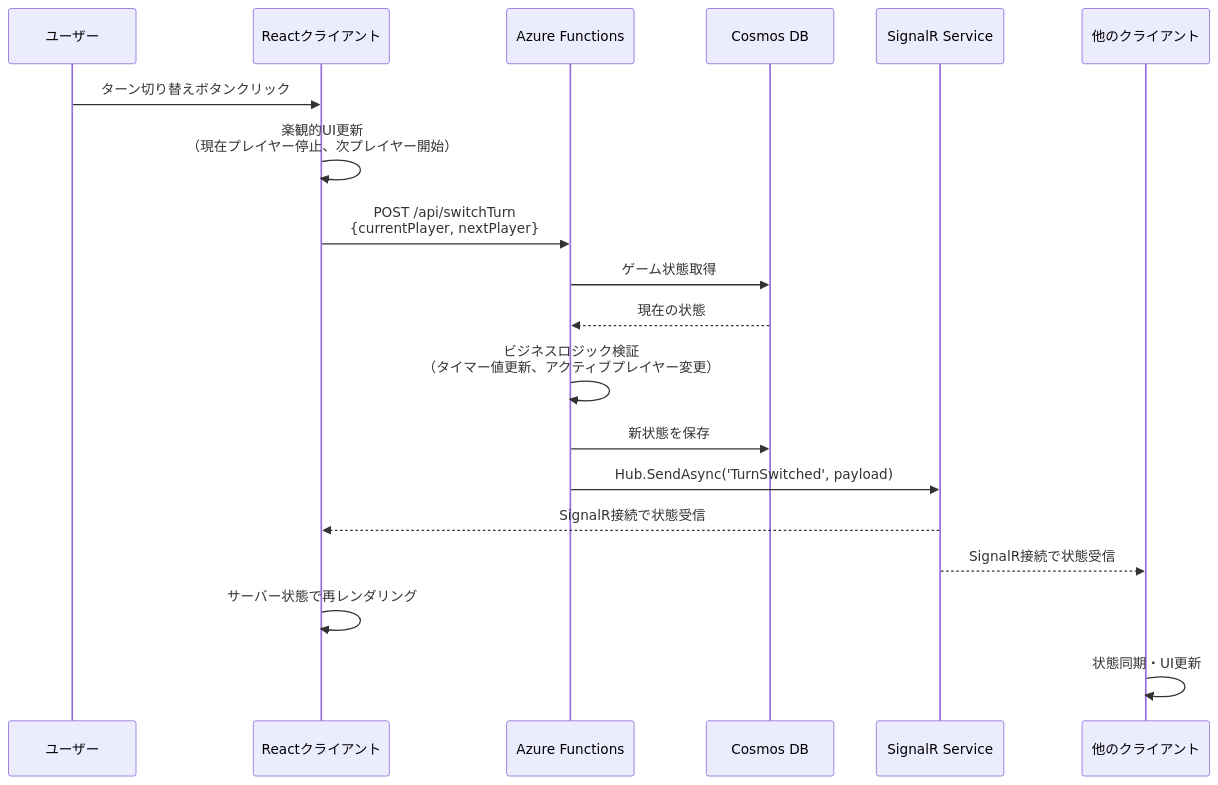
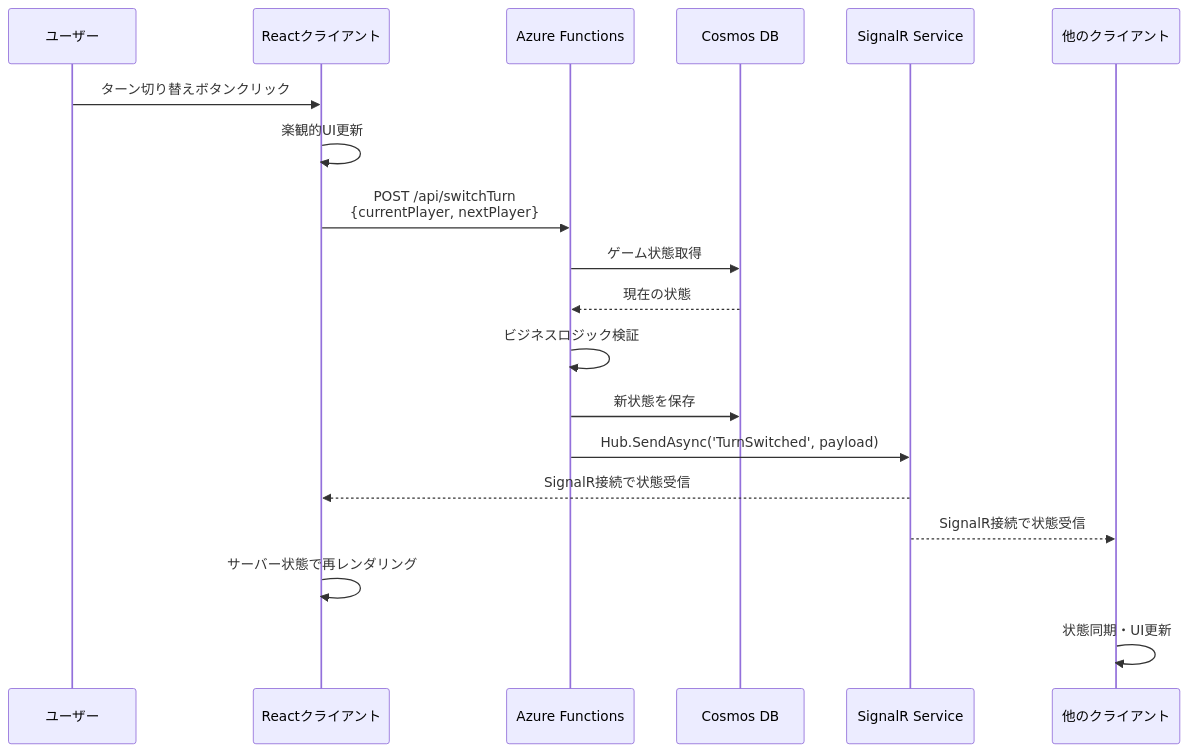
Before and after one commit to Jillrinn/tickTackFour: the seventh of 7 diagrams in .kiro/specs/multiplayer-game-timer/design.md, drawn with Mermaid. The commit also changed other lines of this file and 56 other files, not shown here.

````diff
--- a/.kiro/specs/multiplayer-game-timer/design.md
+++ b/.kiro/specs/multiplayer-game-timer/design.md
@@ -167,22 +443,22 @@
 ```mermaid
 sequenceDiagram
     participant U as ユーザー
     participant C as Reactクライアント
     participant F as Azure Functions
     participant S as Cosmos DB
     participant SR as SignalR Service
     participant O as 他のクライアント
 
     U->>C: ターン切り替えボタンクリック
-    C->>C: 楽観的UI更新<br/>（現在プレイヤー停止、次プレイヤー開始）
+    C->>C: 楽観的UI更新
     C->>F: POST /api/switchTurn<br/>{currentPlayer, nextPlayer}
     F->>S: ゲーム状態取得
     S-->>F: 現在の状態
-    F->>F: ビジネスロジック検証<br/>（タイマー値更新、アクティブプレイヤー変更）
+    F->>F: ビジネスロジック検証
     F->>S: 新状態を保存
     F->>SR: Hub.SendAsync('TurnSwitched', payload)
     SR-->>C: SignalR接続で状態受信
     SR-->>O: SignalR接続で状態受信
     C->>C: サーバー状態で再レンダリング
     O->>O: 状態同期・UI更新
 ```
````
